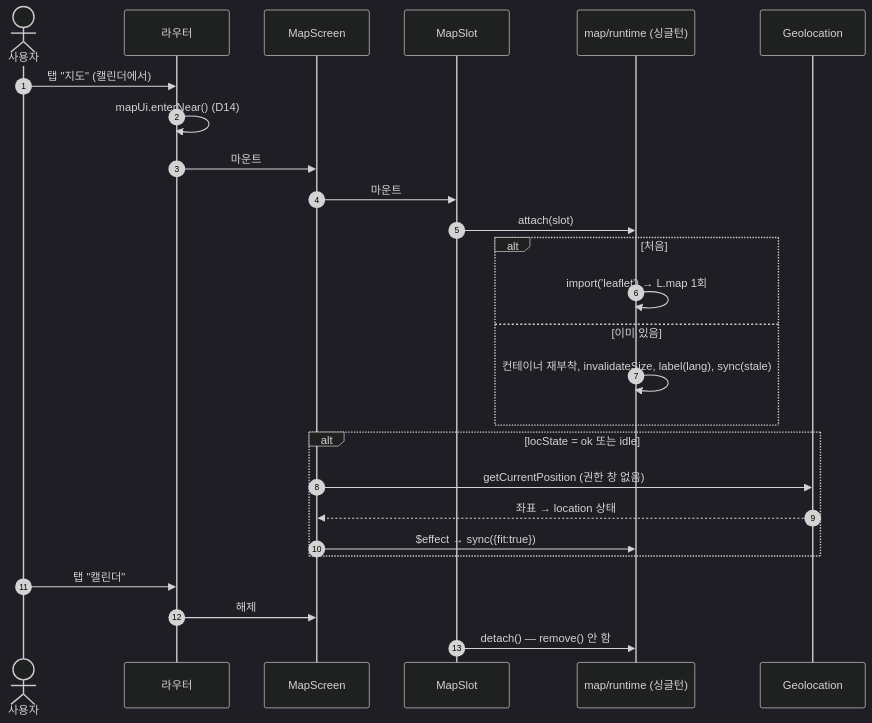
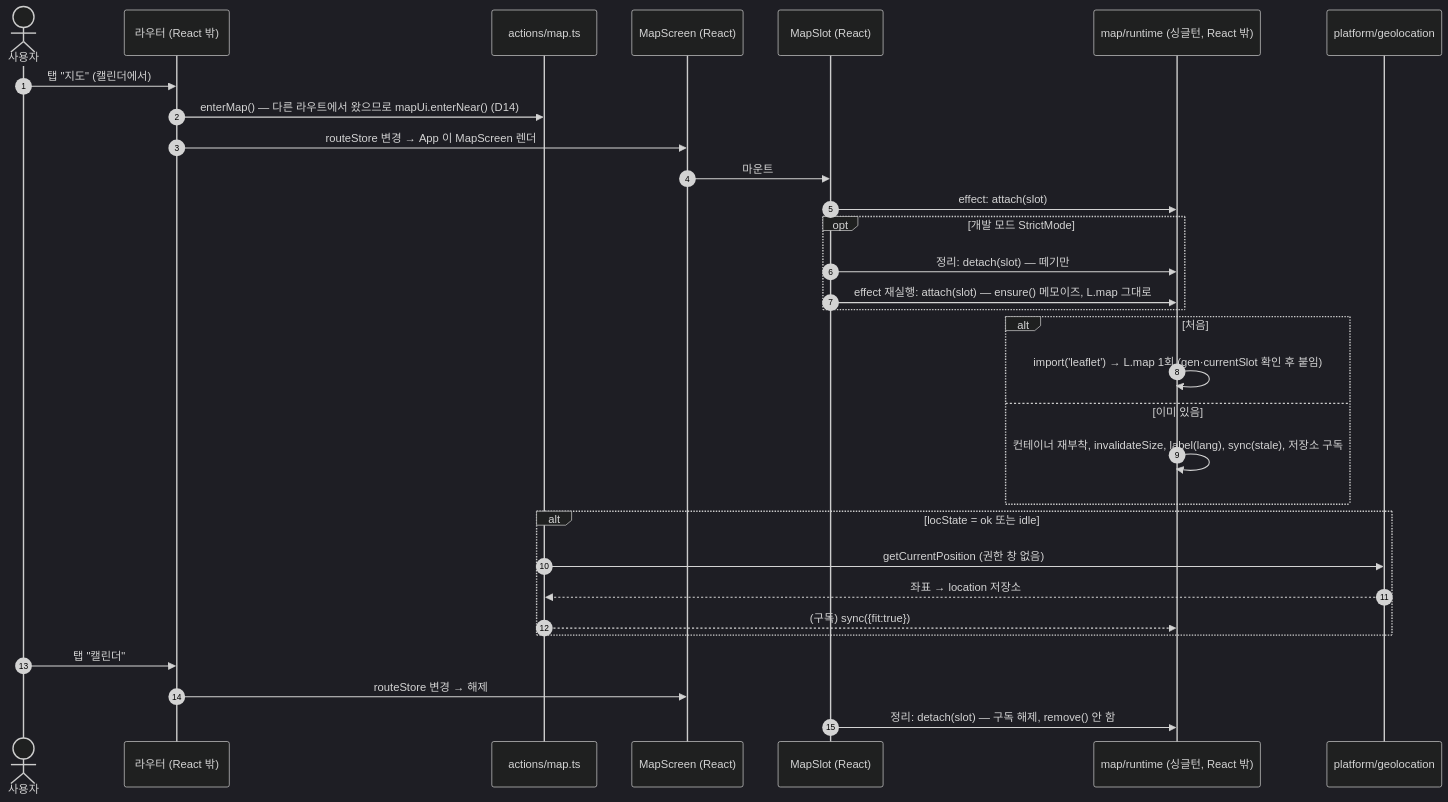
The fifth of 9 diagrams in docs/architecture/rfc/0003-yunabi-v2.md (underthesun7213/yui-board), drawn with Mermaid (dark theme) before and after one commit. The commit also changed other lines of this file and 9 other files, not shown here.

````diff
--- a/docs/architecture/rfc/0003-yunabi-v2.md
+++ b/docs/architecture/rfc/0003-yunabi-v2.md
@@ -357,28 +378,33 @@
 ```mermaid
 sequenceDiagram
   autonumber
   actor U as 사용자
-  participant R as 라우터
-  participant MS as MapScreen
-  participant S as MapSlot
-  participant RT as map/runtime (싱글턴)
-  participant G as Geolocation
+  participant R as 라우터 (React 밖)
+  participant A as actions/map.ts
+  participant MS as MapScreen (React)
+  participant S as MapSlot (React)
+  participant RT as map/runtime (싱글턴, React 밖)
+  participant G as platform/geolocation
   U->>R: 탭 "지도" (캘린더에서)
-  R->>R: mapUi.enterNear() (D14)
-  R->>MS: 마운트
+  R->>A: enterMap() — 다른 라우트에서 왔으므로 mapUi.enterNear() (D14)
+  R->>MS: routeStore 변경 → App 이 MapScreen 렌더
   MS->>S: 마운트
-  S->>RT: attach(slot)
+  S->>RT: effect: attach(slot)
+  opt 개발 모드 StrictMode
+    S->>RT: 정리: detach(slot) — 떼기만
+    S->>RT: effect 재실행: attach(slot) — ensure() 메모이즈, L.map 그대로
+  end
   alt 처음
-    RT->>RT: import('leaflet') → L.map 1회
+    RT->>RT: import('leaflet') → L.map 1회 (gen·currentSlot 확인 후 붙임)
   else 이미 있음
-    RT->>RT: 컨테이너 재부착, invalidateSize, label(lang), sync(stale)
+    RT->>RT: 컨테이너 재부착, invalidateSize, label(lang), sync(stale), 저장소 구독
   end
   alt locState = ok 또는 idle
-    MS->>G: getCurrentPosition (권한 창 없음)
-    G-->>MS: 좌표 → location 상태
-    MS->>RT: $effect → sync({fit:true})
+    A->>G: getCurrentPosition (권한 창 없음)
+    G-->>A: 좌표 → location 저장소
+    A-->>RT: (구독) sync({fit:true})
   end
   U->>R: 탭 "캘린더"
-  R->>MS: 해제
-  S->>RT: detach() — remove() 안 함
+  R->>MS: routeStore 변경 → 해제
+  S->>RT: 정리: detach(slot) — 구독 해제, remove() 안 함
 ```
````
